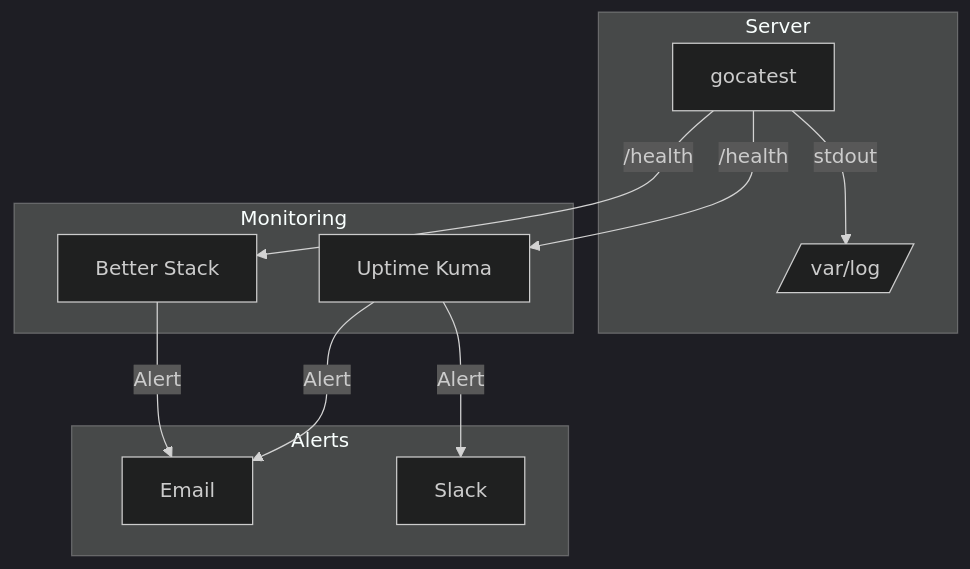
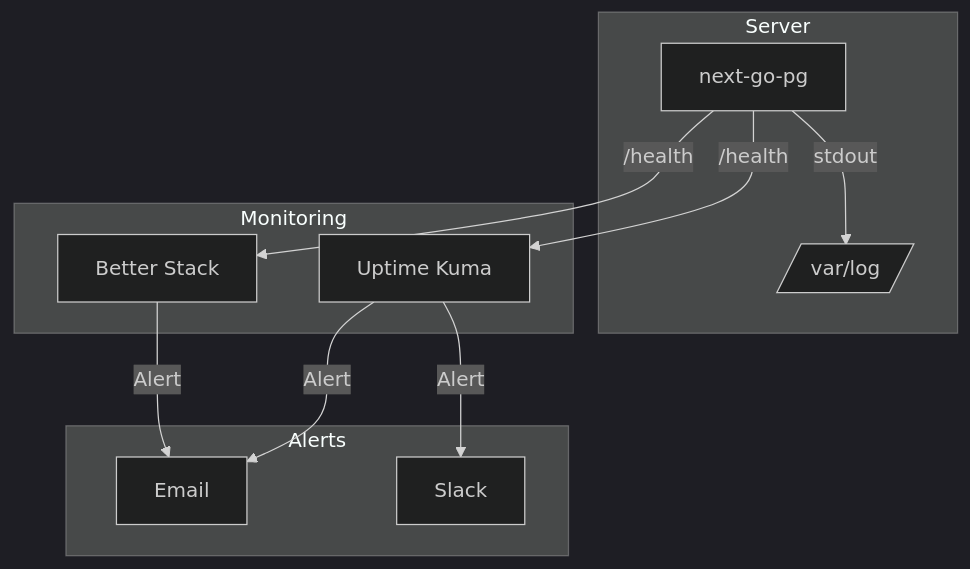
One commit to atilladeniz/next-go-pg changed the sixth of 7 diagrams in .concepts/architecture/deployment.md. Above: the diagram before and after it, drawn with Mermaid (dark theme). The commit also changed other lines of this file and 35 other files, not shown here.

````diff
--- a/.concepts/architecture/deployment.md
+++ b/.concepts/architecture/deployment.md
@@ -159,24 +159,24 @@
 ```mermaid
 flowchart TB
     subgraph Server
-        App[gocatest]
+        App[next-go-pg]
         Logs[/var/log/]
     end
 
     subgraph Monitoring
         UK[Uptime Kuma]
         BT[Better Stack]
     end
 
     subgraph Alerts
         E[Email]
         S[Slack]
     end
 
     App -->|stdout| Logs
     App -->|/health| UK
     App -->|/health| BT
     UK -->|Alert| E
     UK -->|Alert| S
     BT -->|Alert| E
 ```
````
